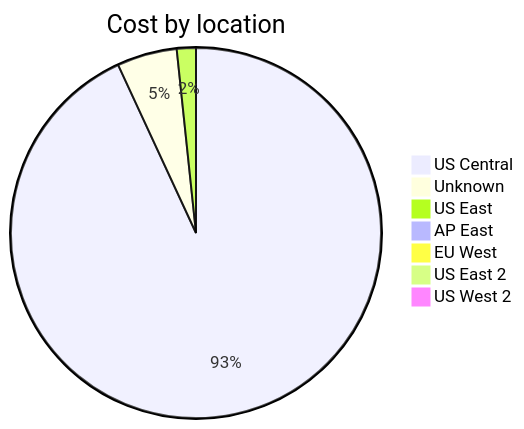
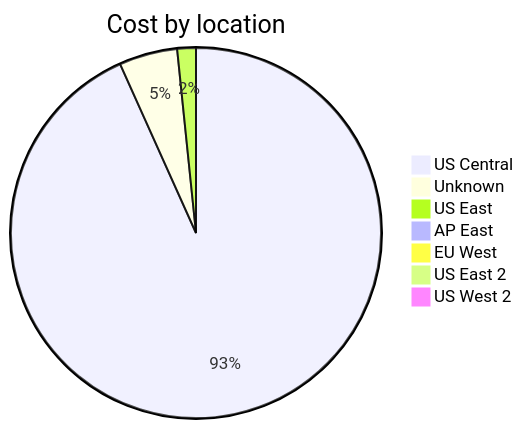
The third of 4 diagrams in cost-reports/accumulated-cost.md (jpfulton/azure-personal-reports), drawn with Mermaid before and after one commit. The commit also changed other lines of this file and 4 other files, not shown here.

````diff
--- a/cost-reports/accumulated-cost.md
+++ b/cost-reports/accumulated-cost.md
@@ -121,11 +121,11 @@
 ```mermaid
 pie
    title Cost by location
-   "US Central" : 3.91
-   "Unknown" : 0.22
-   "US East" : 0.07
+   "US Central" : 4.58
+   "Unknown" : 0.25
+   "US East" : 0.08
    "AP East" : 0.00
    "EU West" : 0.00
    "US East 2" : 0.00
    "US West 2" : 0.00
 ```
````
